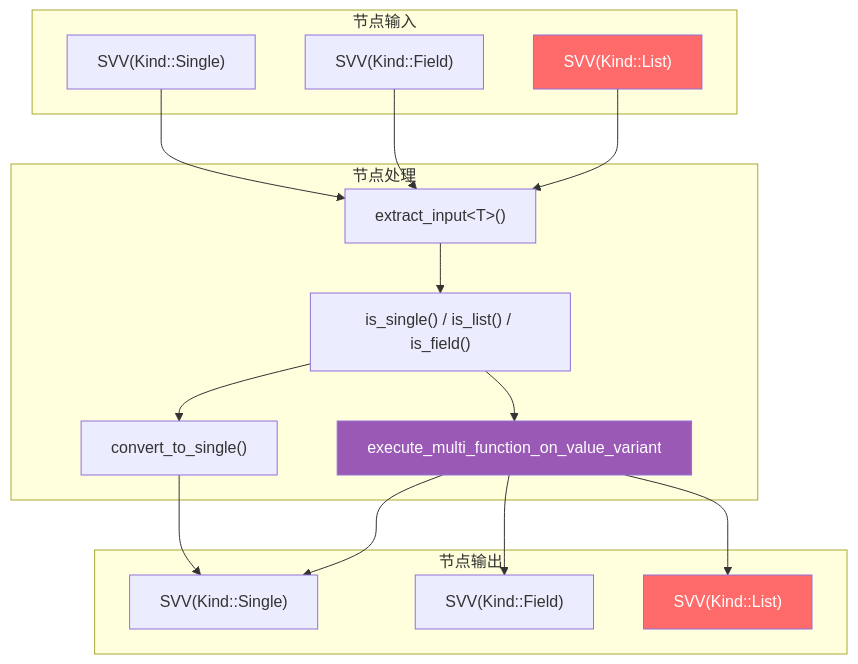
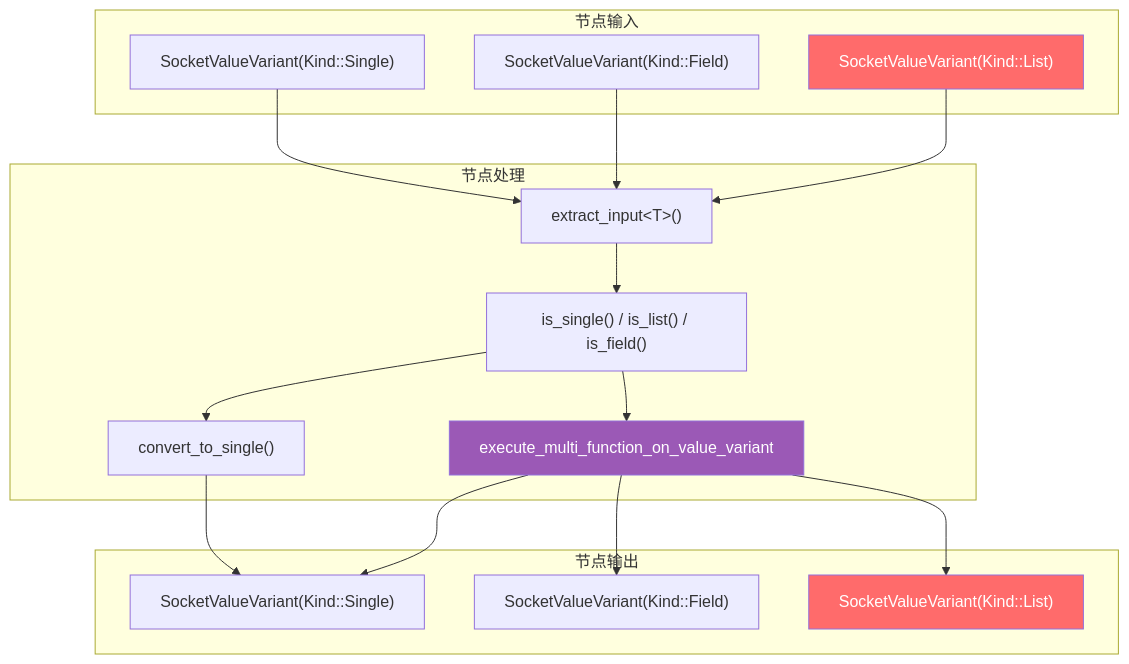
Before and after one commit to yunkezengren/blender-.vscode: the third of 3 diagrams in 杂/markdown/几何节点-列表/03-SocketValueVariant与列表集成.md, drawn with Mermaid. The commit also changed other lines of this file and 8 other files, not shown here.

````diff
--- a/杂/markdown/几何节点-列表/03-SocketValueVariant与列表集成.md
+++ b/杂/markdown/几何节点-列表/03-SocketValueVariant与列表集成.md
@@ -353,36 +353,36 @@
 ```mermaid
 graph TB
     subgraph "节点输入"
-        I_Single["SVV(Kind::Single)"]
-        I_Field["SVV(Kind::Field)"]
-        I_List["SVV(Kind::List)"]
+        I_Single["SocketValueVariant(Kind::Single)"]
+        I_Field["SocketValueVariant(Kind::Field)"]
+        I_List["SocketValueVariant(Kind::List)"]
     end
 
     subgraph "节点处理"
         Extract["extract_input&lt;T&gt;()"]
         Check["is_single() / is_list() / is_field()"]
         Convert["convert_to_single()"]
         MF["execute_multi_function_on_value_variant"]
     end
 
     subgraph "节点输出"
-        O_Single["SVV(Kind::Single)"]
-        O_Field["SVV(Kind::Field)"]
-        O_List["SVV(Kind::List)"]
+        O_Single["SocketValueVariant(Kind::Single)"]
+        O_Field["SocketValueVariant(Kind::Field)"]
+        O_List["SocketValueVariant(Kind::List)"]
     end
 
     I_Single --> Extract
     I_Field --> Extract
     I_List --> Extract
     Extract --> Check
     Check --> Convert
     Check --> MF
     Convert --> O_Single
     MF --> O_Single
     MF --> O_Field
     MF --> O_List
 
     style I_List fill:#ff6b6b,color:#fff
     style O_List fill:#ff6b6b,color:#fff
     style MF fill:#9b59b6,color:#fff
 ```
````
